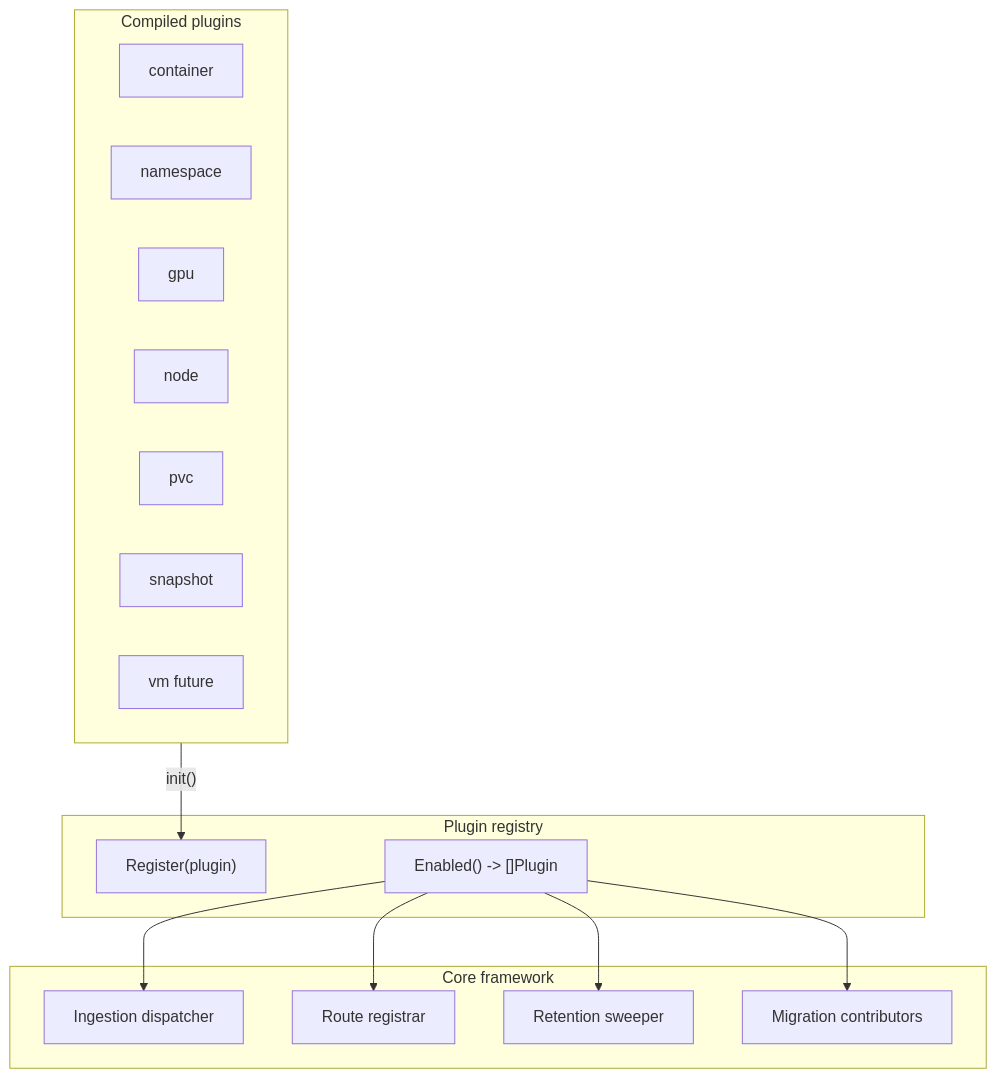
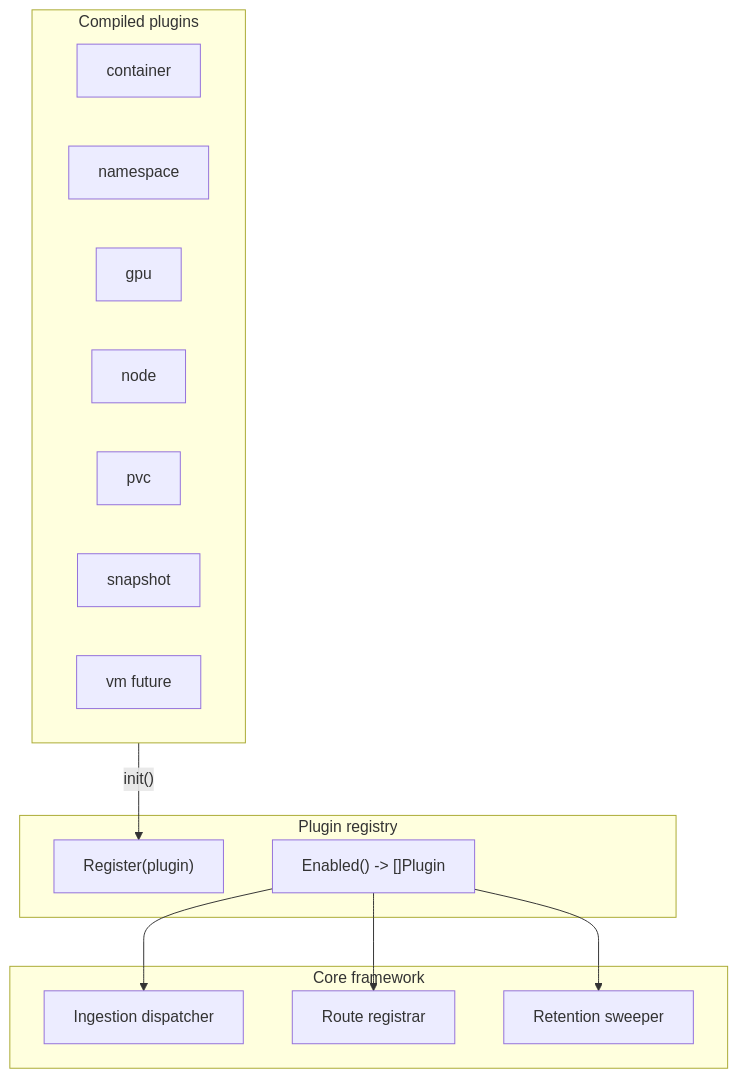
One commit to pgarciaq/ros-ocp-backend changed the diagram in docs/architecture/plugin-architecture.md. Above: the diagram before and after it, drawn with Mermaid. The commit also changed other lines of this file and 2 other files, not shown here.

Commit message:
Final doc alignment: fix proposal wording, Mermaid diagram, directory tree, retention framing, namespace routes

````diff
--- a/docs/architecture/plugin-architecture.md
+++ b/docs/architecture/plugin-architecture.md
@@ -63,30 +63,28 @@
 ```mermaid
 flowchart TB
     subgraph registry [Plugin registry]
         Register["Register(plugin)"]
         Enabled["Enabled() -> []Plugin"]
     end
 
     subgraph plugins [Compiled plugins]
         Container[container]
         Namespace[namespace]
         GPU[gpu]
         Node[node]
         PVC[pvc]
         Snapshot[snapshot]
         VM["vm future"]
     end
 
     subgraph core [Core framework]
         Ingest[Ingestion dispatcher]
         APIReg[Route registrar]
         Retain[Retention sweeper]
-        Migrate[Migration contributors]
     end
 
     plugins -->|"init()"| Register
     Enabled --> Ingest
     Enabled --> APIReg
     Enabled --> Retain
-    Enabled --> Migrate
 ```
````
